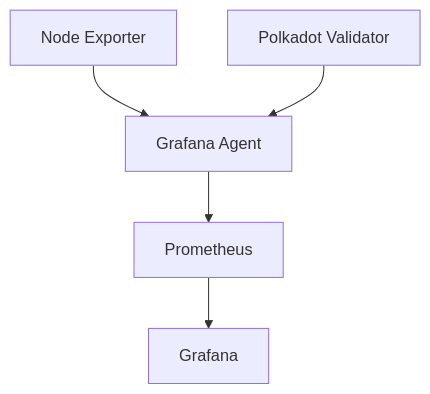
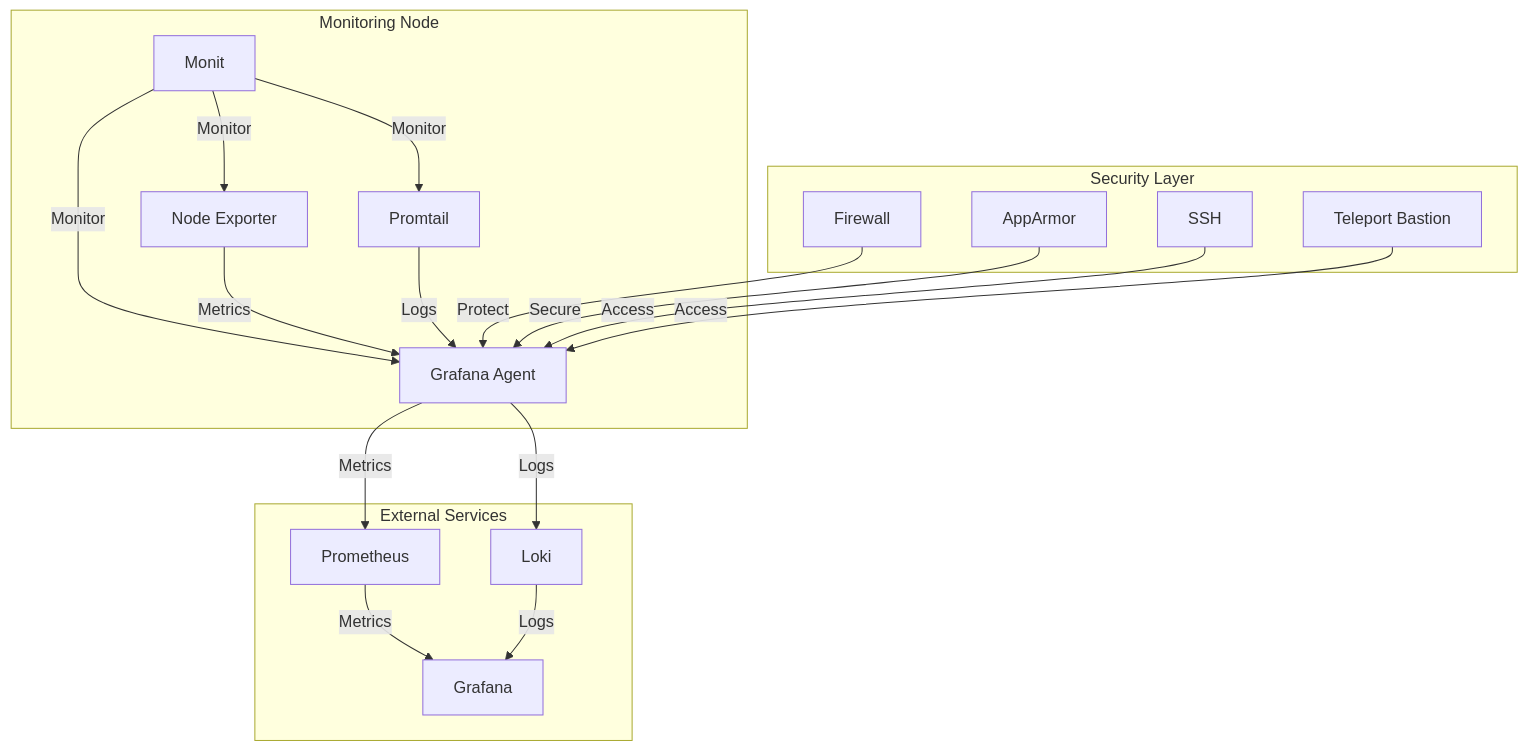
One commit to pampatzoglou/provision-validators changed the first of 2 diagrams in roles/admin/README.md. Above: the diagram before and after it, drawn with Mermaid. The commit also changed other lines of this file and 2 other files, not shown here.

````diff
--- a/roles/admin/README.md
+++ b/roles/admin/README.md
@@ -214,7 +214,36 @@
 ```mermaid
 graph TD
-    A[Node Exporter] --> B[Grafana Agent]
-    C[Polkadot Validator] --> B
-    B --> D[Prometheus]
-    D --> E[Grafana]
+    subgraph Monitoring Node
+        A[Node Exporter]
+        B[Grafana Agent]
+        C[Promtail]
+        M[Monit] --> |Monitor| B
+        M --> |Monitor| A
+        M --> |Monitor| C
+    end
+
+    subgraph External Services
+        D[Prometheus]
+        E[Loki]
+        F[Grafana]
+        D --> |Metrics| F
+        E --> |Logs| F
+    end
+    
+    subgraph Security Layer
+        G[Firewall]
+        H[AppArmor]
+        I[SSH]
+        J[Teleport Bastion]
+    end
+
+    A --> |Metrics| B
+    C --> |Logs| B
+    B --> |Metrics| D
+    B --> |Logs| E
+
+    G --> |Protect| B
+    H --> |Secure| B
+    I --> |Access| B
+    J --> |Access| B
 ```
````
